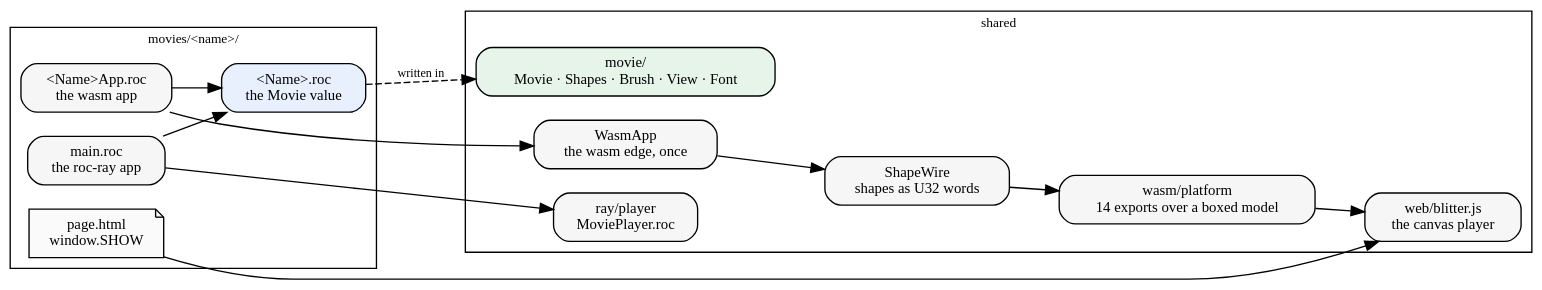
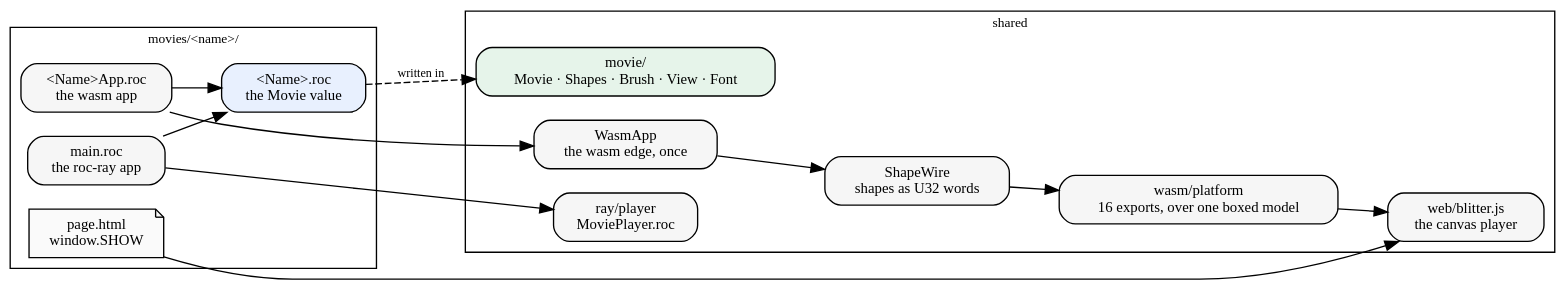
One commit to showell/essay-repl-server changed the second of 5 diagrams in notes/four-movies-one-seam.md. Above: the diagram before and after it, drawn with Graphviz. The commit also changed other lines of this file, not shown here.

````diff
--- a/notes/four-movies-one-seam.md
+++ b/notes/four-movies-one-seam.md
@@ -116,30 +114,30 @@
 ```dot
 digraph players {
   rankdir=LR; bgcolor="transparent"; compound=true;
   node [shape=box, style="rounded,filled", fillcolor="#f6f6f6", color="#999", fontsize=11];
   edge [color="#666", fontsize=9];
 
   subgraph cluster_m {
     label="movies/<name>/"; color="#bbb"; fontsize=10;
     mv [label="<Name>.roc\nthe Movie value", fillcolor="#e8f0fe"];
     app [label="<Name>App.roc\nthe wasm app"];
     main [label="main.roc\nthe roc-ray app"];
     page [label="page.html\nwindow.SHOW", shape=note, fillcolor="#fafafa"];
   }
 
   subgraph cluster_s {
     label="shared"; color="#bbb"; fontsize=10;
     voc [label="movie/\nMovie · Shapes · Brush · View · Font", fillcolor="#e6f4ea"];
     wa [label="WasmApp\nthe wasm edge, once"];
     wire [label="ShapeWire\nshapes as U32 words"];
-    pf [label="wasm/platform\n14 exports over a boxed model"];
+    pf [label="wasm/platform\n16 exports, over one boxed model"];
     pl [label="ray/player\nMoviePlayer.roc"];
     bl [label="web/blitter.js\nthe canvas player"];
   }
 
   mv -> voc [style=dashed, label="written in"];
   app -> mv; main -> mv;
   app -> wa -> wire -> pf -> bl; page -> bl;
   main -> pl;
 }
 ```
````
